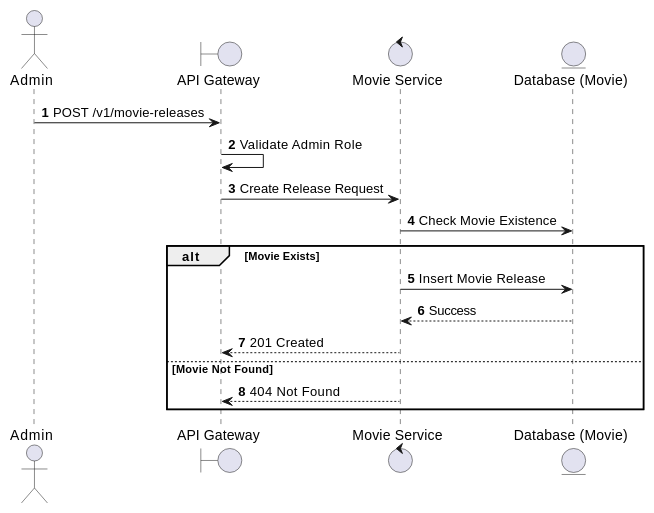
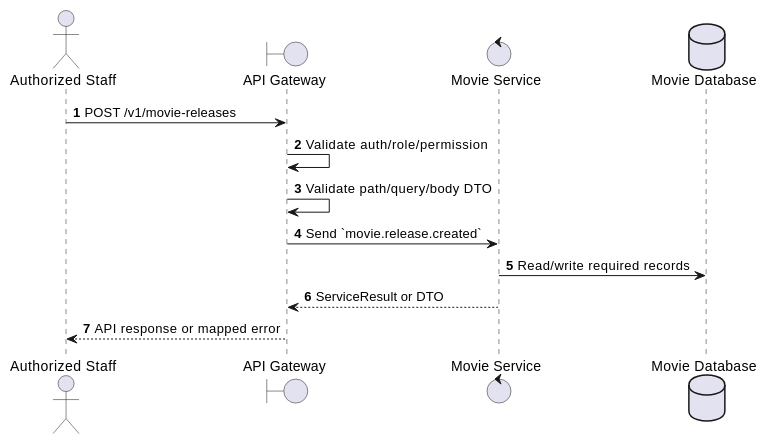
Before and after one commit to Tanh1603/movie-hub-architecture: the first of 2 diagrams in docs/functional_specs/3.3.2_Movie_Releases/MR-01_Create_Movie_Release.md, drawn with PlantUML. The commit also changed other lines of this file and 126 other files, not shown here.

````diff
--- a/docs/functional_specs/3.3.2_Movie_Releases/MR-01_Create_Movie_Release.md
+++ b/docs/functional_specs/3.3.2_Movie_Releases/MR-01_Create_Movie_Release.md
@@ -17,21 +17,17 @@
 ```plantuml
 @startuml
 autonumber
-actor Admin
+actor "Authorized Staff" as Actor
 boundary "API Gateway" as GW
-control "Movie Service" as MS
-entity "Database (Movie)" as DB
+control "Movie Service" as SVC
+database "Movie Database" as DB
 
-Admin -> GW: POST /v1/movie-releases
-GW -> GW: Validate Admin Role
-GW -> MS: Create Release Request
-MS -> DB: Check Movie Existence
-alt Movie Exists
-    MS -> DB: Insert Movie Release
-    DB --> MS: Success
-    MS --> GW: 201 Created
-else Movie Not Found
-    MS --> GW: 404 Not Found
-end
+Actor -> GW: POST /v1/movie-releases
+GW -> GW: Validate auth/role/permission
+GW -> GW: Validate path/query/body DTO
+GW -> SVC: Send `movie.release.created`
+SVC -> DB: Read/write required records
+SVC --> GW: ServiceResult or DTO
+GW --> Actor: API response or mapped error
 @enduml
 ```
````
